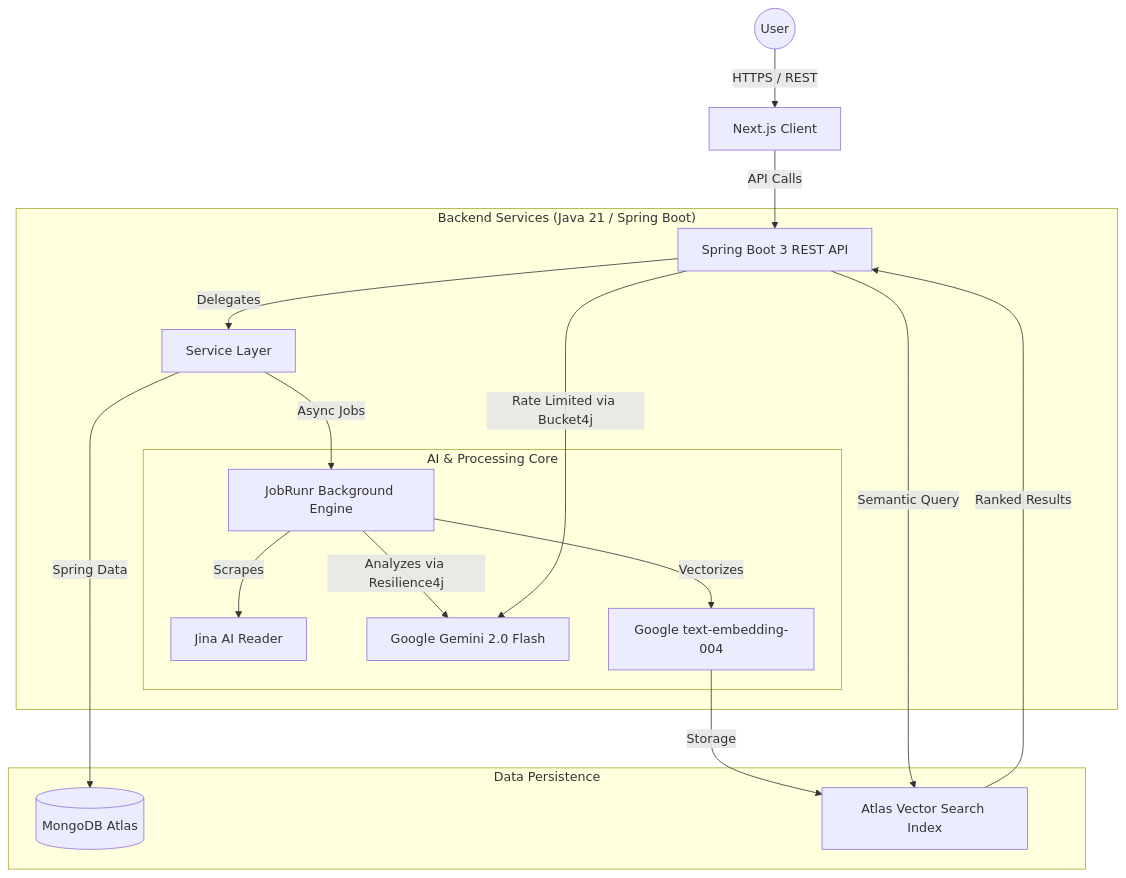
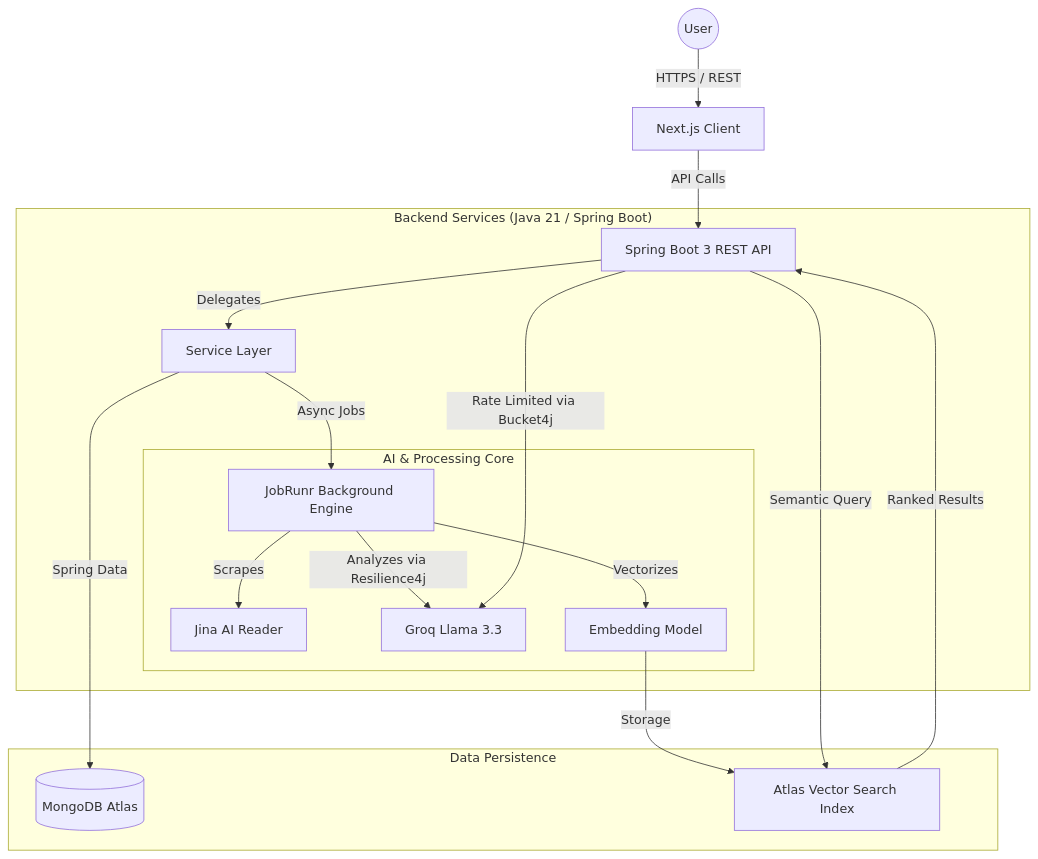
Before and after one commit to Animesh-86/NextLevel: the diagram in README.md, drawn with Mermaid. The commit also changed other lines of this file and 35 other files, not shown here.

````diff
--- a/README.md
+++ b/README.md
@@ -19,26 +19,26 @@
 ```mermaid
 graph TD
     User((User)) -->|HTTPS / REST| Frontend[Next.js Client]
     Frontend -->|API Calls| API[Spring Boot 3 REST API]
     
     subgraph "Backend Services (Java 21 / Spring Boot)"
         API -->|Delegates| Services[Service Layer]
         Services -->|Async Jobs| JobRunr[JobRunr Background Engine]
         
         subgraph "AI & Processing Core"
             JobRunr -->|Scrapes| Jina[Jina AI Reader]
-            JobRunr -->|Analyzes via Resilience4j| Gemini[Google Gemini 2.0 Flash]
-            JobRunr -->|Vectorizes| Embeddings[Google text-embedding-004]
+            JobRunr -->|Analyzes via Resilience4j| LLM[Groq Llama 3.3]
+            JobRunr -->|Vectorizes| Embeddings[Embedding Model]
         end
         
-        API -->|Rate Limited via Bucket4j| Gemini
+        API -->|Rate Limited via Bucket4j| LLM
     end
 
     subgraph "Data Persistence"
         Services -->|Spring Data| Mongo[(MongoDB Atlas)]
         Embeddings -->|Storage| VectorIdx[Atlas Vector Search Index]
     end
 
     API -->|Semantic Query| VectorIdx
     VectorIdx -->|Ranked Results| API
 ```
````
